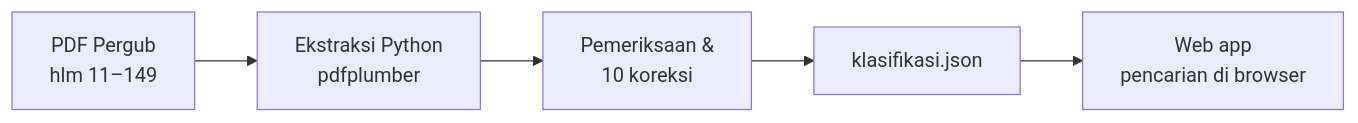
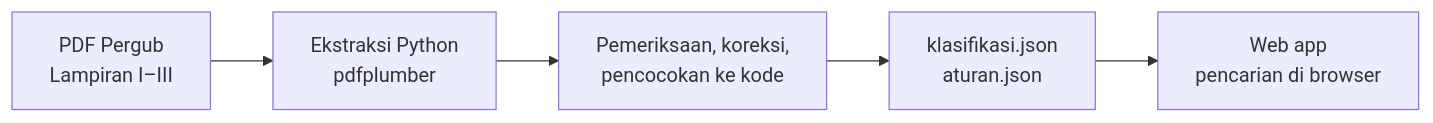
Before and after one commit to Rajistha/Buku-Saku-Digital-Arsiparis: the diagram in README.md, drawn with Mermaid. The commit also changed other lines of this file and 14 other files, not shown here.

````diff
--- a/README.md
+++ b/README.md
@@ -94,7 +102,7 @@
 ```mermaid
 flowchart LR
-    A[PDF Pergub<br/>hlm 11–149] --> B[Ekstraksi Python<br/>pdfplumber]
-    B --> C[Pemeriksaan &<br/>10 koreksi]
-    C --> D[klasifikasi.json]
+    A[PDF Pergub<br/>Lampiran I–III] --> B[Ekstraksi Python<br/>pdfplumber]
+    B --> C[Pemeriksaan, koreksi,<br/>pencocokan ke kode]
+    C --> D[klasifikasi.json<br/>aturan.json]
     D --> E[Web app<br/>pencarian di browser]
 ```
````
